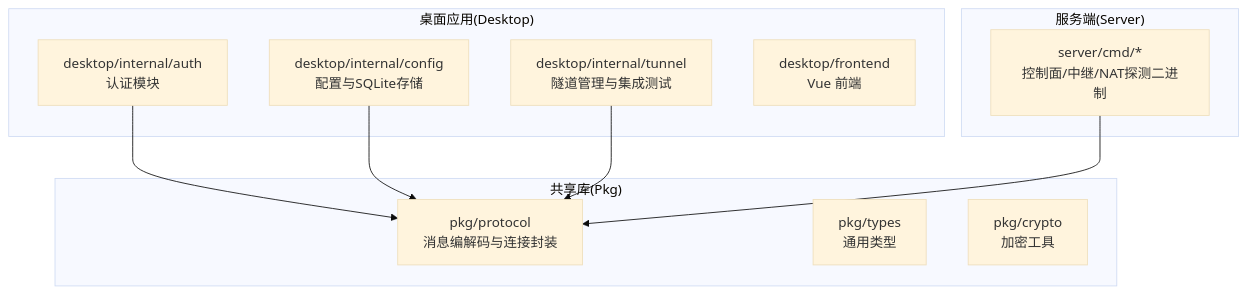
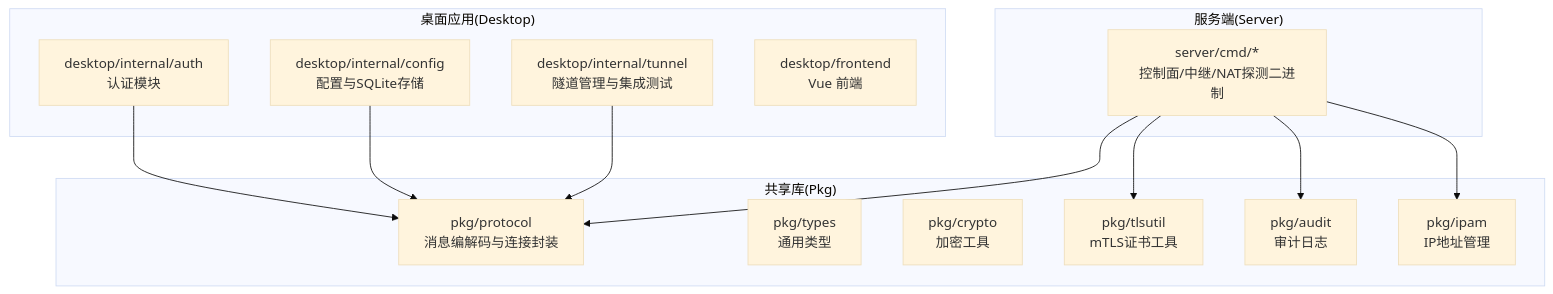
One commit to itsharex/NexTunnel changed the first of 10 diagrams in .qoder/repowiki/zh/content/测试策略.md. Above: the diagram before and after it, drawn with Mermaid (base theme). The commit also changed other lines of this file and 61 other files, not shown here.

````diff
--- a/.qoder/repowiki/zh/content/测试策略.md
+++ b/.qoder/repowiki/zh/content/测试策略.md
@@ -38,21 +44,27 @@
 ```mermaid
 graph TB
 subgraph "桌面应用(Desktop)"
 D1["desktop/internal/auth<br/>认证模块"]
 D2["desktop/internal/config<br/>配置与SQLite存储"]
 D3["desktop/internal/tunnel<br/>隧道管理与集成测试"]
 D4["desktop/frontend<br/>Vue 前端"]
 end
 subgraph "服务端(Server)"
 S1["server/cmd/*<br/>控制面/中继/NAT探测二进制"]
 end
 subgraph "共享库(Pkg)"
 P1["pkg/protocol<br/>消息编解码与连接封装"]
 P2["pkg/types<br/>通用类型"]
 P3["pkg/crypto<br/>加密工具"]
+P4["pkg/tlsutil<br/>mTLS证书工具"]
+P5["pkg/audit<br/>审计日志"]
+P6["pkg/ipam<br/>IP地址管理"]
 end
 D1 --> P1
 D2 --> P1
 D3 --> P1
 S1 --> P1
+S1 --> P4
+S1 --> P5
+S1 --> P6
 ```
````
